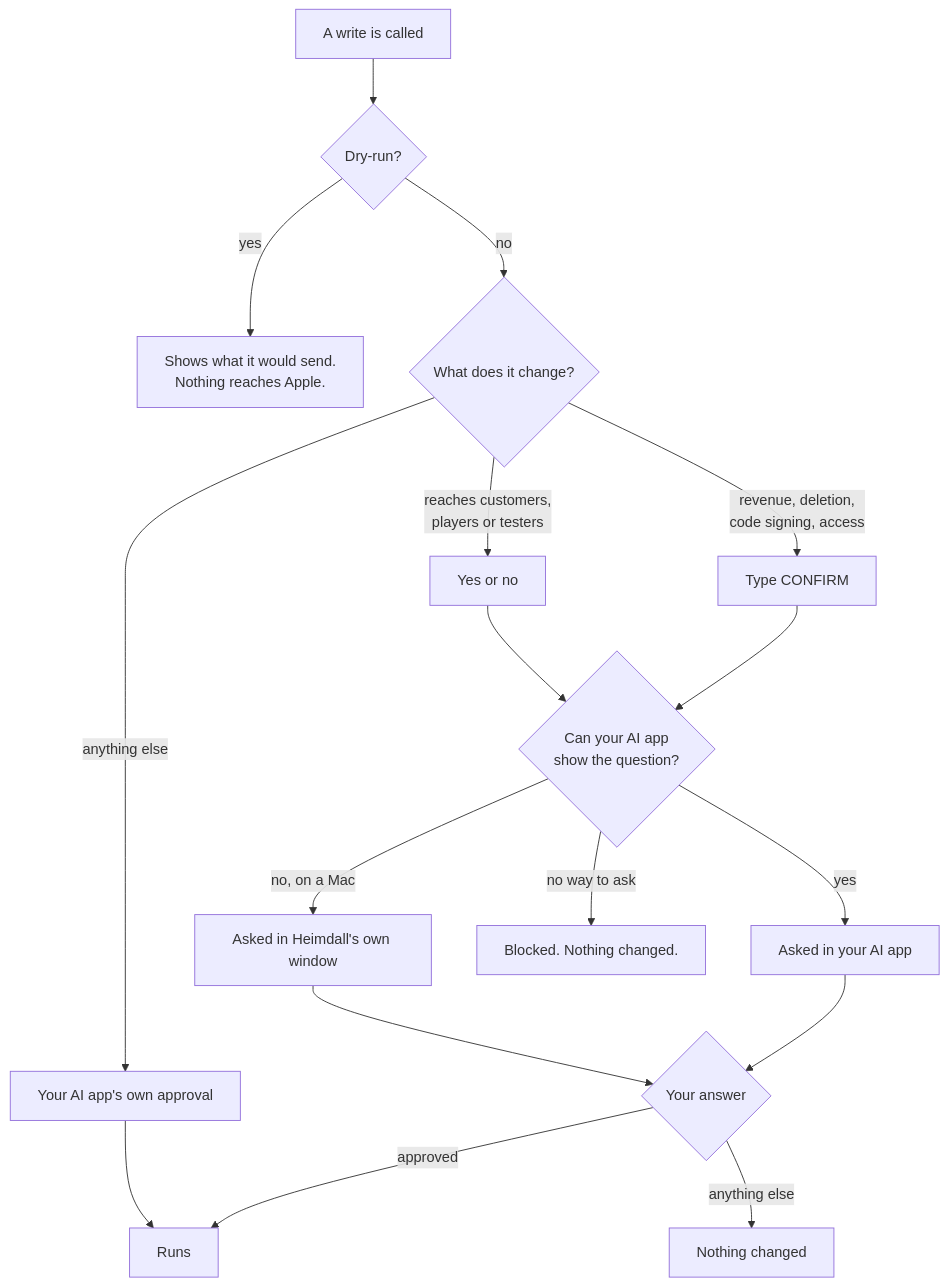
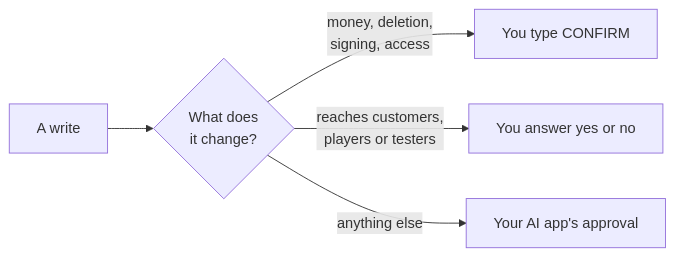
Before and after one commit to erayendes/app-store-connect-mcp: the second of 2 diagrams in README.md, drawn with Mermaid. The commit also changed other lines of this file and 8 other files, not shown here.

First line of the commit message:
docs: show the 3.0 images, and a confirmation flow at a human size

````diff
--- a/README.md
+++ b/README.md
@@ -92,19 +92,7 @@
 ```mermaid
-flowchart TD
-  call["A write is called"] --> dry{"Dry-run?"}
-  dry -- yes --> preview["Shows what it would send.<br/>Nothing reaches Apple."]
-  dry -- no --> level{"What does it change?"}
-  level -- "revenue, deletion,<br/>code signing, access" --> strong["Type CONFIRM"]
-  level -- "reaches customers,<br/>players or testers" --> yesno["Yes or no"]
-  level -- "anything else" --> client["Your AI app's own approval"]
-  strong --> where{"Can your AI app<br/>show the question?"}
-  yesno --> where
-  where -- yes --> form["Asked in your AI app"]
-  where -- "no, on a Mac" --> dialog["Asked in Heimdall's own window"]
-  where -- "no way to ask" --> blocked["Blocked. Nothing changed."]
-  form --> answer{"Your answer"}
-  dialog --> answer
-  answer -- approved --> run["Runs"]
-  answer -- "anything else" --> stop["Nothing changed"]
-  client --> run
+flowchart LR
+  w["A write"] --> q{"What does<br/>it change?"}
+  q -->|"money, deletion,<br/>signing, access"| c["You type CONFIRM"]
+  q -->|"reaches customers,<br/>players or testers"| y["You answer yes or no"]
+  q -->|"anything else"| a["Your AI app's approval"]
 ```
````
